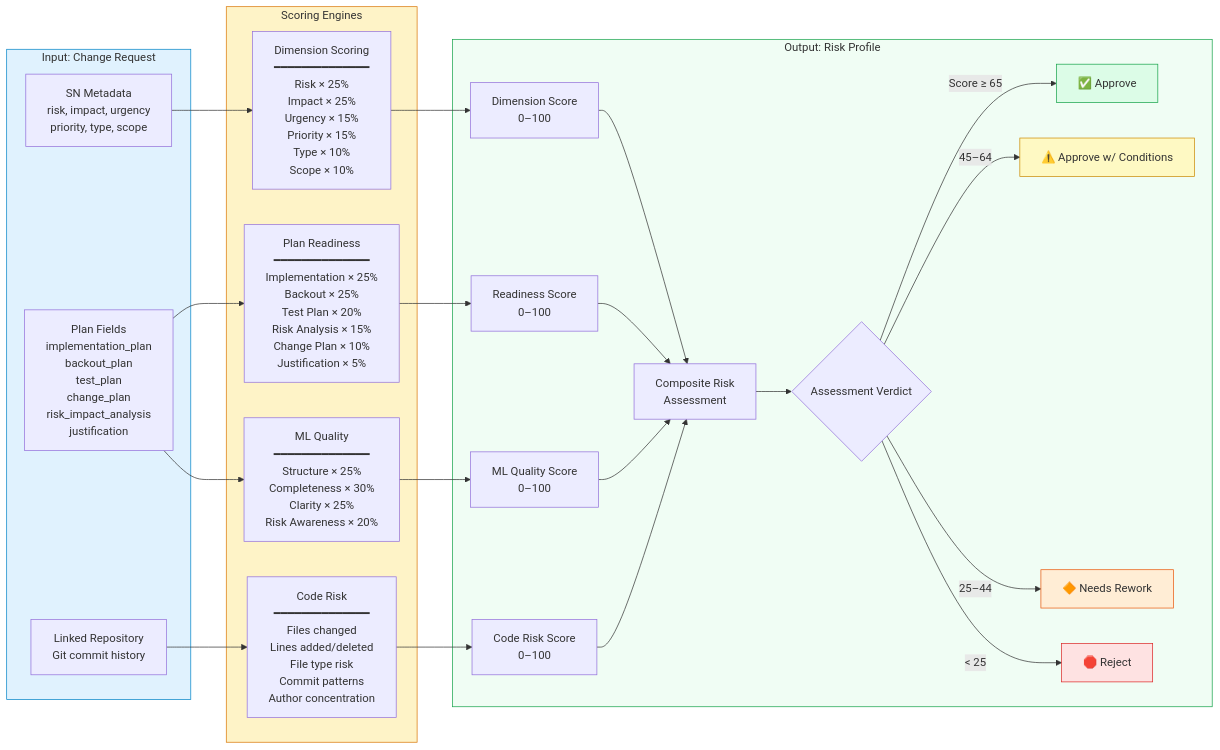
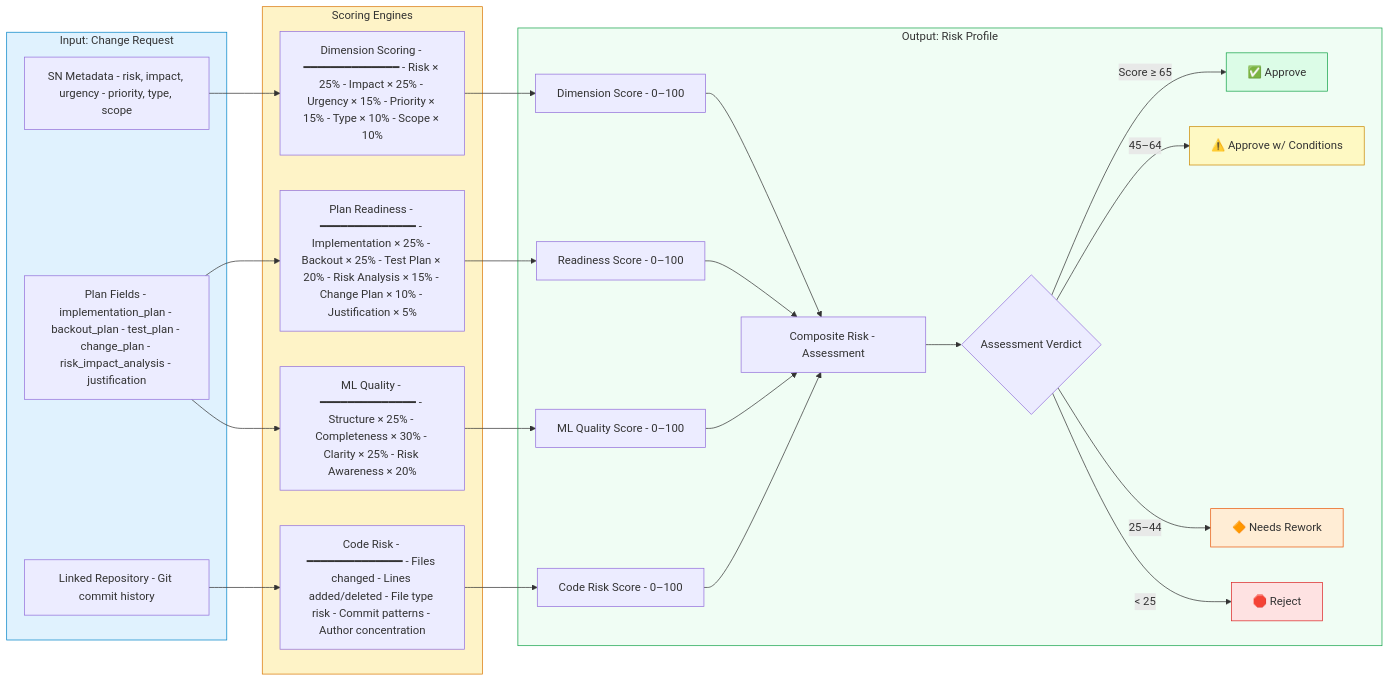
One commit to jj-shen99/changefabric changed the second of 6 diagrams in docs/CHANGE_MANAGEMENT_ARCHITECTURE.md. Above: the diagram before and after it, drawn with Mermaid. The commit also changed other lines of this file and 10 other files, not shown here.

First line of the commit message:
Fix Mermaid syntax errors, update all docs to v1.3.0

````diff
--- a/docs/CHANGE_MANAGEMENT_ARCHITECTURE.md
+++ b/docs/CHANGE_MANAGEMENT_ARCHITECTURE.md
@@ -88,50 +88,50 @@
 ```mermaid
 flowchart LR
     subgraph Input["Input: Change Request"]
-        META[SN Metadata<br/>risk, impact, urgency<br/>priority, type, scope]
-        PLANS[Plan Fields<br/>implementation_plan<br/>backout_plan<br/>test_plan<br/>change_plan<br/>risk_impact_analysis<br/>justification]
-        REPO[Linked Repository<br/>Git commit history]
+        META[SN Metadata - risk, impact, urgency - priority, type, scope]
+        PLANS[Plan Fields - implementation_plan - backout_plan - test_plan - change_plan - risk_impact_analysis - justification]
+        REPO[Linked Repository - Git commit history]
     end
 
     subgraph Scoring["Scoring Engines"]
-        DS["Dimension Scoring<br/>━━━━━━━━━━━━━━<br/>Risk × 25%<br/>Impact × 25%<br/>Urgency × 15%<br/>Priority × 15%<br/>Type × 10%<br/>Scope × 10%"]
-        PS["Plan Readiness<br/>━━━━━━━━━━━━━━<br/>Implementation × 25%<br/>Backout × 25%<br/>Test Plan × 20%<br/>Risk Analysis × 15%<br/>Change Plan × 10%<br/>Justification × 5%"]
-        MLS["ML Quality<br/>━━━━━━━━━━━━━━<br/>Structure × 25%<br/>Completeness × 30%<br/>Clarity × 25%<br/>Risk Awareness × 20%"]
-        GS["Code Risk<br/>━━━━━━━━━━━━━━<br/>Files changed<br/>Lines added/deleted<br/>File type risk<br/>Commit patterns<br/>Author concentration"]
+        DS["Dimension Scoring - ━━━━━━━━━━━━━━ - Risk × 25% - Impact × 25% - Urgency × 15% - Priority × 15% - Type × 10% - Scope × 10%"]
+        PS["Plan Readiness - ━━━━━━━━━━━━━━ - Implementation × 25% - Backout × 25% - Test Plan × 20% - Risk Analysis × 15% - Change Plan × 10% - Justification × 5%"]
+        MLS["ML Quality - ━━━━━━━━━━━━━━ - Structure × 25% - Completeness × 30% - Clarity × 25% - Risk Awareness × 20%"]
+        GS["Code Risk - ━━━━━━━━━━━━━━ - Files changed - Lines added/deleted - File type risk - Commit patterns - Author concentration"]
     end
 
     subgraph Output["Output: Risk Profile"]
-        DI[Dimension Score<br/>0–100]
-        RE[Readiness Score<br/>0–100]
-        MQ[ML Quality Score<br/>0–100]
-        CR[Code Risk Score<br/>0–100]
+        DI[Dimension Score - 0–100]
+        RE[Readiness Score - 0–100]
+        MQ[ML Quality Score - 0–100]
+        CR[Code Risk Score - 0–100]
         
-        DI --> FINAL[Composite Risk<br/>Assessment]
+        DI --> FINAL[Composite Risk - Assessment]
         RE --> FINAL
         MQ --> FINAL
         CR --> FINAL
         
         FINAL --> VERDICT{Assessment Verdict}
         VERDICT -->|"Score ≥ 65"| APP[✅ Approve]
         VERDICT -->|"45–64"| COND[⚠️ Approve w/ Conditions]
         VERDICT -->|"25–44"| REWORK[🔶 Needs Rework]
         VERDICT -->|"< 25"| REJ[🛑 Reject]
     end
 
     META --> DS
     PLANS --> PS
     PLANS --> MLS
     REPO --> GS
     DS --> DI
     PS --> RE
     MLS --> MQ
     GS --> CR
 
     style Input fill:#e0f2fe,stroke:#0284c7
     style Scoring fill:#fef3c7,stroke:#d97706
     style Output fill:#f0fdf4,stroke:#16a34a
     style APP fill:#dcfce7,stroke:#16a34a
     style COND fill:#fef9c3,stroke:#ca8a04
     style REWORK fill:#ffedd5,stroke:#ea580c
     style REJ fill:#fee2e2,stroke:#dc2626
 ```
````
